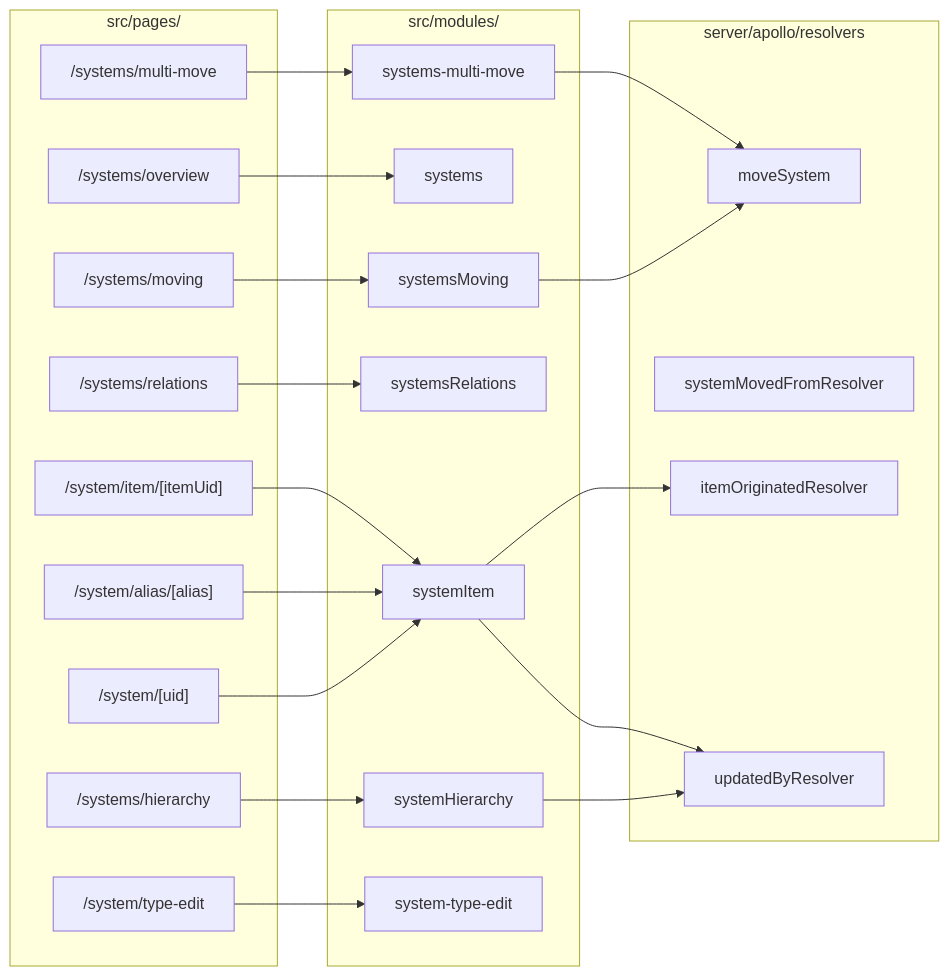
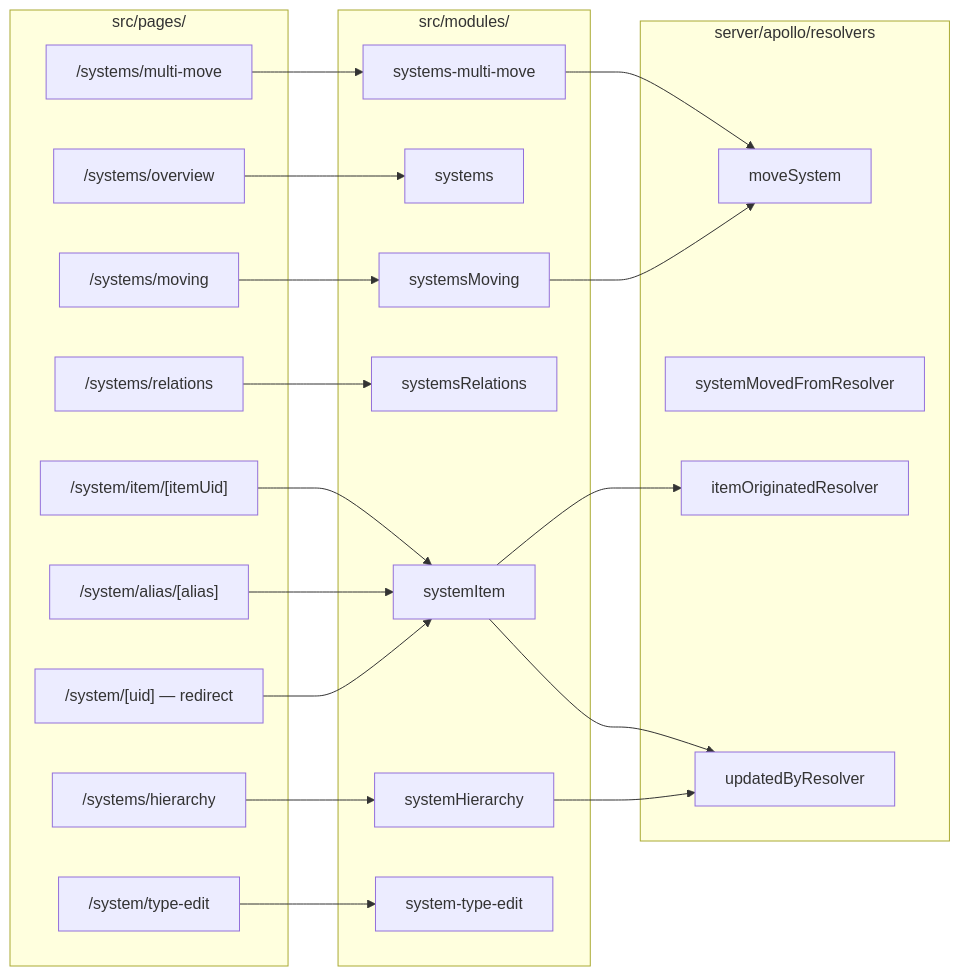
The second of 3 diagrams in docs/technical/systems-family/README.md (eli-eric/ELI-panda), drawn with Mermaid before and after one commit. The commit also changed other lines of this file and 46 other files, not shown here.

````diff
--- a/docs/technical/systems-family/README.md
+++ b/docs/technical/systems-family/README.md
@@ -125,44 +125,44 @@
 ```mermaid
 flowchart LR
     subgraph Pages["src/pages/"]
         P1["/systems/hierarchy"]
         P2["/systems/overview"]
-        P3["/system/[uid]"]
+        P3["/system/[uid] — redirect"]
         P4["/systems/relations"]
         P5["/systems/moving"]
         P6["/systems/multi-move"]
         P7["/system/type-edit"]
         P8["/system/alias/[alias]"]
         P9["/system/item/[itemUid]"]
     end
     subgraph Modules["src/modules/"]
         M1[systemHierarchy]
         M2[systems]
         M3[systemItem]
         M4[systemsRelations]
         M5[systemsMoving]
         M6[systems-multi-move]
         M7[system-type-edit]
     end
     subgraph Resolvers["server/apollo/resolvers"]
         R1[moveSystem]
         R2[systemMovedFromResolver]
         R3[itemOriginatedResolver]
         R4[updatedByResolver]
     end
 
     P1 --> M1
     P2 --> M2
     P3 --> M3
     P4 --> M4
     P5 --> M5
     P6 --> M6
     P7 --> M7
     P8 --> M3
     P9 --> M3
     M5 --> R1
     M6 --> R1
     M1 --> R4
     M3 --> R4
     M3 --> R3
 ```
````
